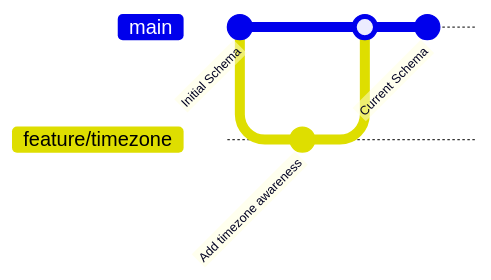
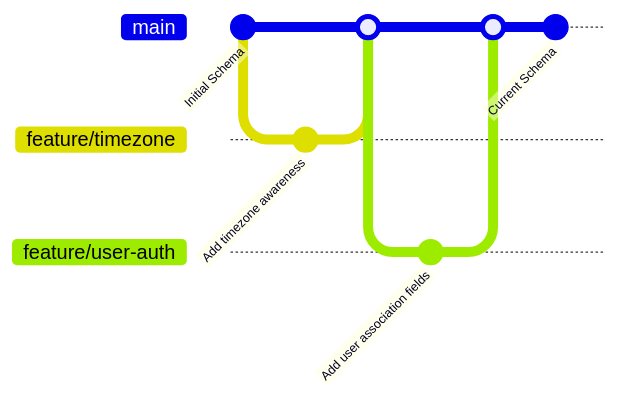
Before and after one commit to gsinghjay/mvp_qr_gen: the second of 10 diagrams in STORY.md, drawn with Mermaid. The commit also changed other lines of this file and 1 other file, not shown here.

Commit message:
chore: updated diagrams

````diff
--- a/STORY.md
+++ b/STORY.md
@@ -44,10 +51,15 @@
 ```mermaid
 gitGraph
     commit id: "Initial Schema"
     branch feature/timezone
     checkout feature/timezone
     commit id: "Add timezone awareness"
     checkout main
     merge feature/timezone
+    branch feature/user-auth
+    checkout feature/user-auth
+    commit id: "Add user association fields"
+    checkout main
+    merge feature/user-auth
     commit id: "Current Schema"
 ```
````
